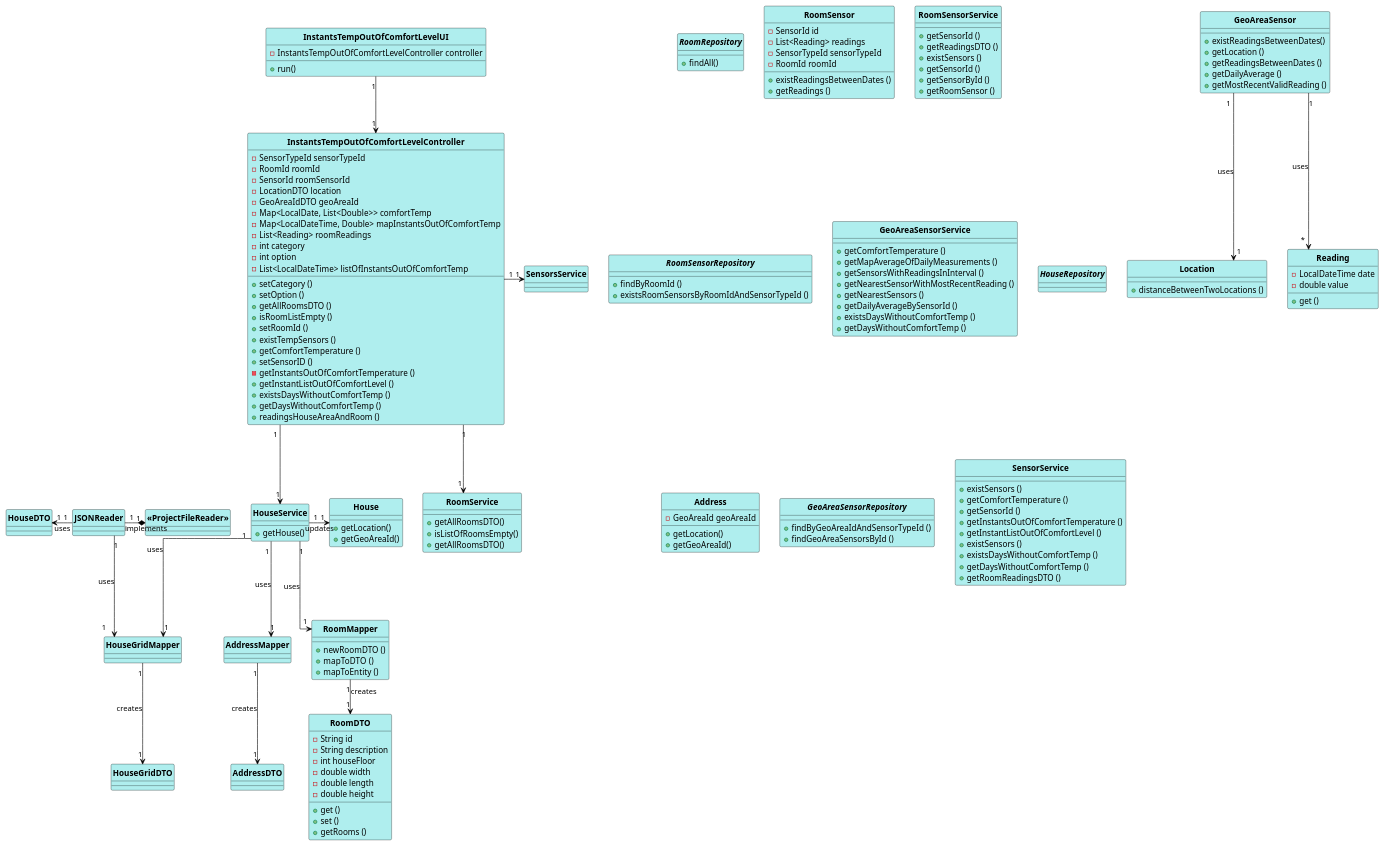
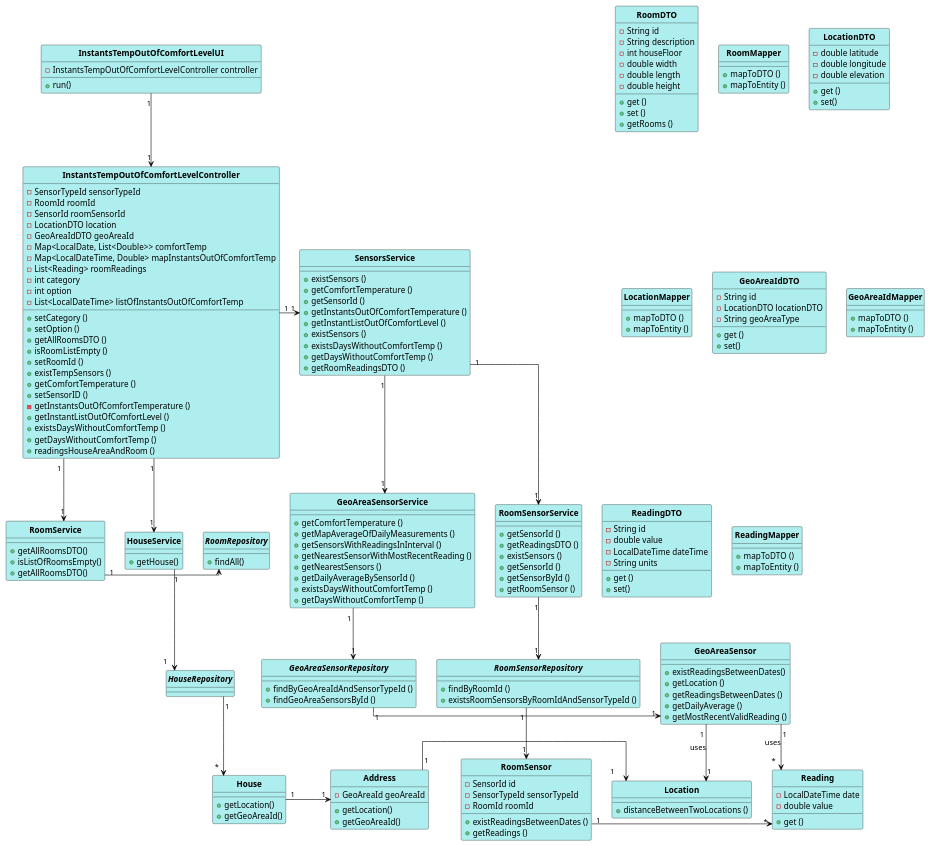
The diagram in src/main/java/pt/ipp/isep/dei/project/controllers/instantstempoutofcomfortlevelcontroller/CD_InstantsTempOutOfComfortLevel.puml (1181687/hateoasToy), drawn with PlantUML before and after one commit.

Commit message:
Addresses #233 - adding classes to class diagram

```diff
--- a/src/main/java/pt/ipp/isep/dei/project/controllers/instantstempoutofcomfortlevelcontroller/CD_InstantsTempOutOfComfortLevel.puml
+++ b/src/main/java/pt/ipp/isep/dei/project/controllers/instantstempoutofcomfortlevelcontroller/CD_InstantsTempOutOfComfortLevel.puml
@@ -16,20 +16,21 @@
 InstantsTempOutOfComfortLevelController "1" --> "1" HouseService
 InstantsTempOutOfComfortLevelController "1" --> "1" "RoomService"
 InstantsTempOutOfComfortLevelController "1" -right-> "1" "SensorsService"
-HouseService "1" --> "1" AddressMapper: uses
-HouseService "1" --> "1" RoomMapper: uses
-HouseService "1" --> "1" HouseGridMapper: uses
-HouseService "1" -right-> "1" House: updates
+SensorsService "1" --> "1" RoomSensorService
+SensorsService "1" --> "1" GeoAreaSensorService
+RoomSensorService "1" --> "1" RoomSensorRepository
+RoomSensorRepository "1" -right-> "1" RoomSensor
+RoomSensor "1" -right-> "*" Reading
+GeoAreaSensorService "1" --> "1" GeoAreaSensorRepository
+GeoAreaSensorRepository "1" -right-> "1" GeoAreaSensor
 GeoAreaSensor "1" -down-> "1" Location: uses
 GeoAreaSensor "1" -down-> "*" Reading: uses
-JSONReader "1" -down-> "1" HouseGridMapper: uses
-JSONReader "1" -left-> "1" HouseDTO: uses
-AddressMapper "1" -down-> "1" AddressDTO: creates
-RoomMapper "1" --> "1" RoomDTO: creates
-HouseGridMapper "1" --> "1" HouseGridDTO: creates
+HouseService "1" -right-> "1" HouseRepository
+HouseRepository "1" -right-> "*" House
+RoomService "1" -> RoomRepository
+House "1" -right-> "1" Address
+Address "1" -right-> "1" Location
 
-
-JSONReader "1" -right-* "1" "<<ProjectFileReader>>" : implements
 
 Class InstantsTempOutOfComfortLevelUI {
 - InstantsTempOutOfComfortLevelController controller
@@ -79,7 +80,6 @@
 
 Class RoomSensor {
 - SensorId id
-- List<Reading> readings
 - SensorTypeId sensorTypeId
 - RoomId roomId
 + existReadingsBetweenDates ()
@@ -148,11 +148,50 @@
 }
 
 Class RoomMapper {
-+ newRoomDTO ()
 + mapToDTO ()
 + mapToEntity ()
+}
 
+Class LocationDTO {
+- double latitude
+- double longitude
+- double elevation
++ get ()
++ set()
 }
+
+Class LocationMapper {
++ mapToDTO ()
++ mapToEntity ()
+}
+
+Class GeoAreaIdDTO {
+- String id
+- LocationDTO locationDTO
+- String geoAreaType
++ get ()
++ set()
+}
+
+Class GeoAreaIdMapper {
++ mapToDTO ()
++ mapToEntity ()
+}
+
+Class ReadingDTO {
+- String id
+- double value
+- LocalDateTime dateTime
+- String units
++ get ()
++ set()
+}
+
+Class ReadingMapper {
++ mapToDTO ()
++ mapToEntity ()
+}
+
 
 Interface "GeoAreaSensorRepository" {
 + findByGeoAreaIdAndSensorTypeId ()
@@ -174,7 +213,7 @@
 + get ()
 }
 
-Class SensorService {
+Class SensorsService {
 + existSensors ()
 + getComfortTemperature ()
 + getSensorId ()
```
